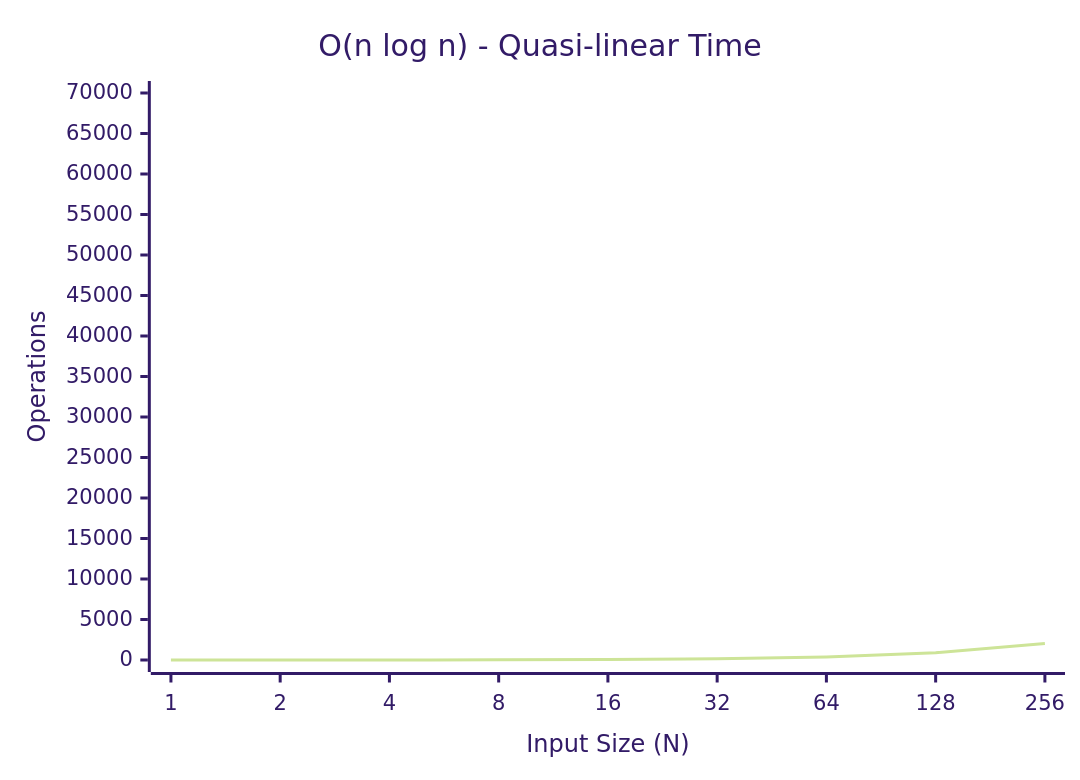
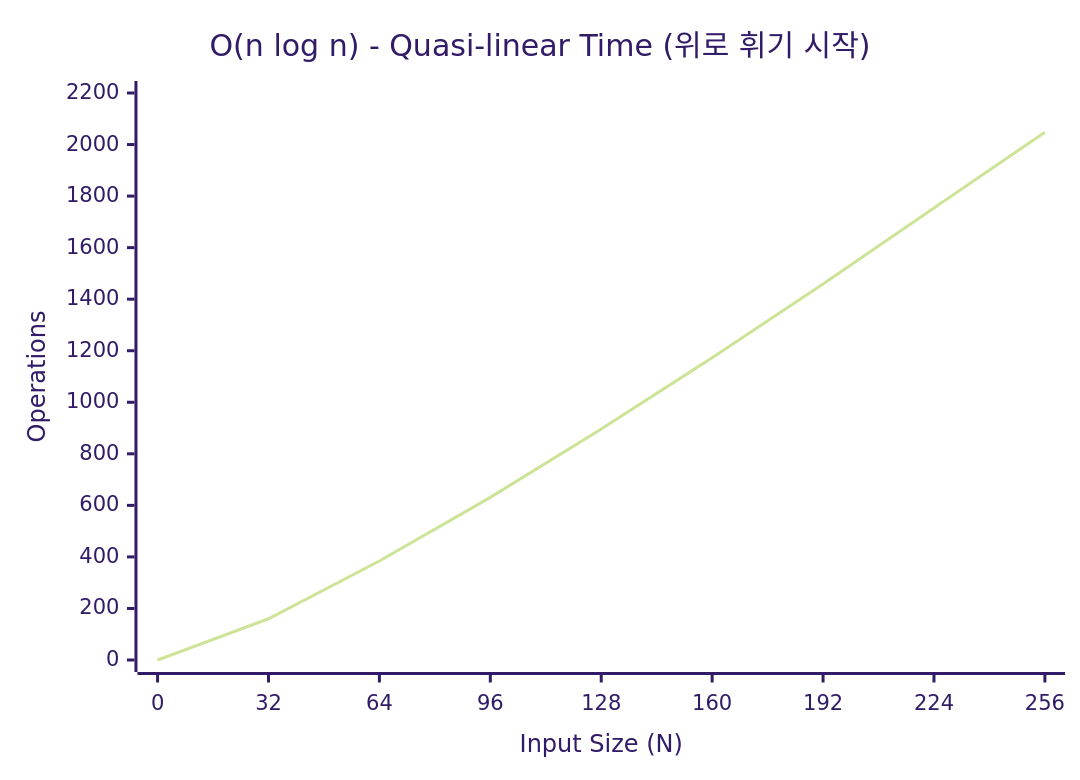
The fourth of 6 diagrams in 01_inbox/algorithm/algo-complexity-and-big-o.md (youngmin-gwon/what-i-studied), drawn with Mermaid (forest theme) before and after one commit. The commit also changed other lines of this file, not shown here.

````diff
--- a/01_inbox/algorithm/algo-complexity-and-big-o.md
+++ b/01_inbox/algorithm/algo-complexity-and-big-o.md
@@ -94,7 +94,7 @@
 ```mermaid
 xychart-beta
-    title "O(n log n) - Quasi-linear Time"
-    x-axis "Input Size (N)" [1, 2, 4, 8, 16, 32, 64, 128, 256]
-    y-axis "Operations" 0 --> 70000
-    line "O(n log n)" [0, 2, 8, 24, 64, 160, 384, 896, 2048]
+    title "O(n log n) - Quasi-linear Time (위로 휘기 시작)"
+    x-axis "Input Size (N)" [0, 32, 64, 96, 128, 160, 192, 224, 256]
+    y-axis "Operations" 0 --> 2200
+    line "O(n log n)" [0, 160, 384, 631, 896, 1173, 1459, 1754, 2048]
 ```
````
